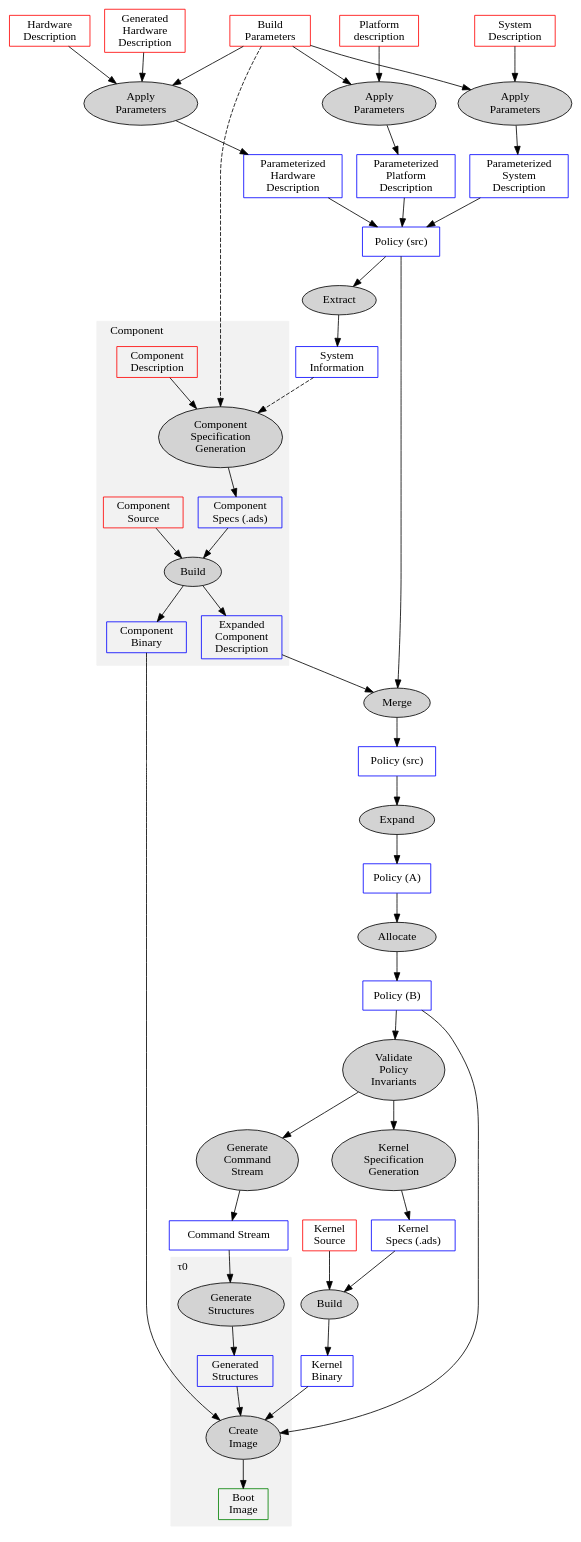
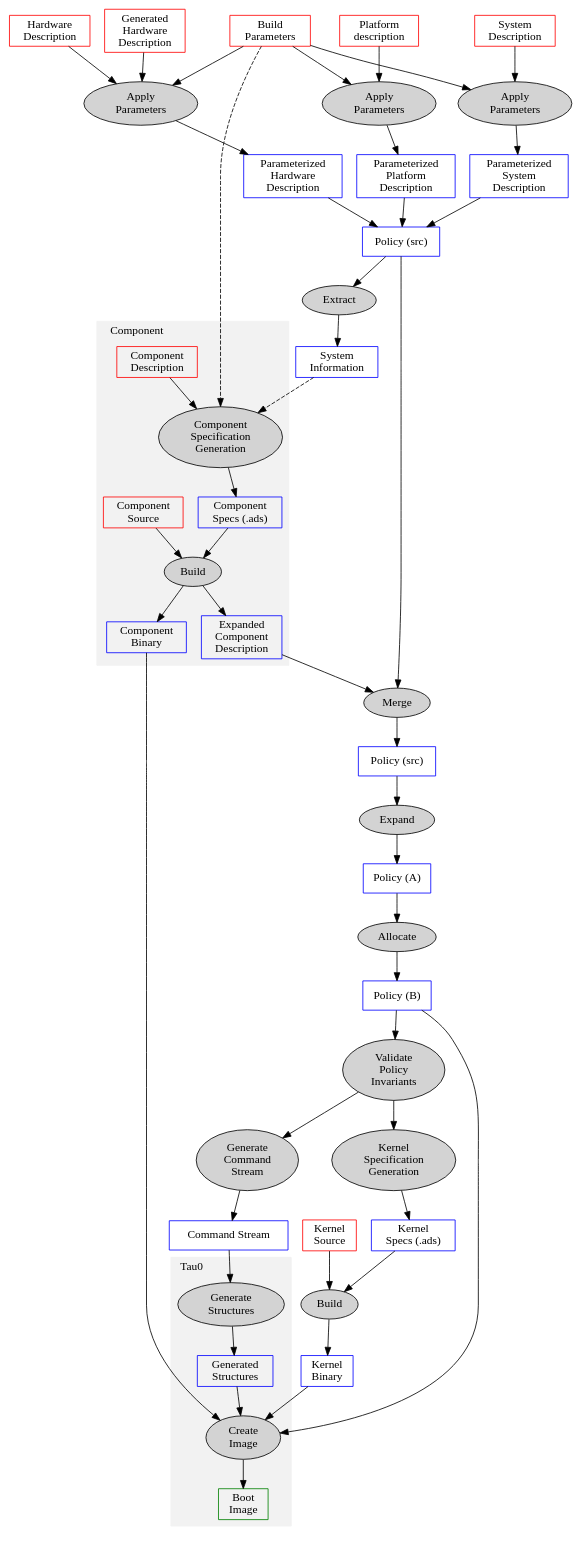
Before and after one commit to codelabs-ch/muen-tools: the diagram in libmuxml/doc/build_overview.dot, drawn with Graphviz. The commit also changed 1 other file, not shown here.

```diff
--- a/libmuxml/doc/build_overview.dot
+++ b/libmuxml/doc/build_overview.dot
@@ -1,143 +1,143 @@
 digraph build {
 
   subgraph {
     node [shape=box, color=red]
 
     params [label="Build\nParameters"]
     systemdescr [label="System\nDescription"]
     ghwdescr [label="Generated\nHardware\nDescription"]
     hwdescr [label="Hardware\nDescription"]
     platformdescr [label="Platform\ndescription"]
     kernel [label="Kernel\nSource"]
     cd [label="Component\nDescription"]
     csrc [label="Component\nSource"]
   }
 
   subgraph {
     node [shape=box, color=blue]
 
     psd [label="Parameterized\nSystem\nDescription"]
     phd [label="Parameterized\nHardware\nDescription"]
     ppd [label="Parameterized\nPlatform\nDescription"]
     si [label="System\nInformation"]
 
     cdx [label="Expanded\nComponent\nDescription"]
 
     cb [label="Component\nBinary"]
     kb [label="Kernel\nBinary"]
 
     p1 [label="Policy (src)"]
     p2 [label="Policy (src)"]
     p3 [label="Policy (A)"]
     p4 [label="Policy (B)"]
 
     p_cmd [label="Command Stream"]
 
     structs [label="Generated\nStructures"]
 
     ks [label="Kernel\nSpecs (.ads)"]
     cs [label="Component\nSpecs (.ads)"]
   }
 
   subgraph {
     node [shape=oval, color=black, style="filled", fillcolor=lightgray]
 
     pda [label="Apply\nParameters"]
     sda [label="Apply\nParameters"]
     hda [label="Apply\nParameters"]
 
     cbuild [label="Build"]
 
     p1tosi [label="Extract"]
     p2merge [label="Merge"]
     expand [label="Expand"]
     allocate [label="Allocate"]
     generate [label="Generate\nStructures"]
     cmdstream [label="Generate\nCommand\nStream"]
     kbuild [label="Build"]
 
     csg [label="Component\nSpecification\nGeneration"]
     ksg [label="Kernel\nSpecification\nGeneration"]
 
     validate [label="Validate\nPolicy\nInvariants"]
     merge [label="Create\nImage"]
 
   }
 
   img [shape=box,label="Boot\nImage", color=green]
 
   params -> pda
   params -> sda
   params -> hda
   systemdescr -> sda
   ghwdescr -> hda
   hwdescr -> hda
   platformdescr -> pda
 
   pda -> ppd
   sda -> psd
   hda -> phd
 
   psd -> p1
   phd -> p1
   ppd -> p1
 
   p1 -> p1tosi
   p1tosi -> si
 
   p1 -> p2merge
   cdx -> p2merge
 
   p2merge -> p2
 
   p2 -> expand
   expand -> p3
 
   p3 -> allocate
   allocate -> p4
 
   p4 -> validate
 
   kernel -> kbuild
   validate -> ksg
   ksg -> ks
   ks -> kbuild
 
   kbuild -> kb
 
   validate -> cmdstream
   cmdstream -> p_cmd
   p_cmd -> generate
 
   p4 -> merge
   kb -> merge
   structs -> merge
   cb -> merge
 
   si -> csg [style="dashed"]
   params -> csg [style="dashed"]
 
   subgraph cluster_component {
     style=filled
     color=gray95
     label=Component
     labeljust=l
 
     cd -> csg
     cs -> cbuild
     csg -> cs
     csrc -> cbuild
     cbuild -> cdx
     cbuild -> cb
   }
 
   subgraph cluster_tau0 {
     style=filled
     color=gray95
-    label=<&tau;0>
+    label=Tau0
 
     labeljust=l
     generate -> structs
     merge -> img
   }
 }
```
